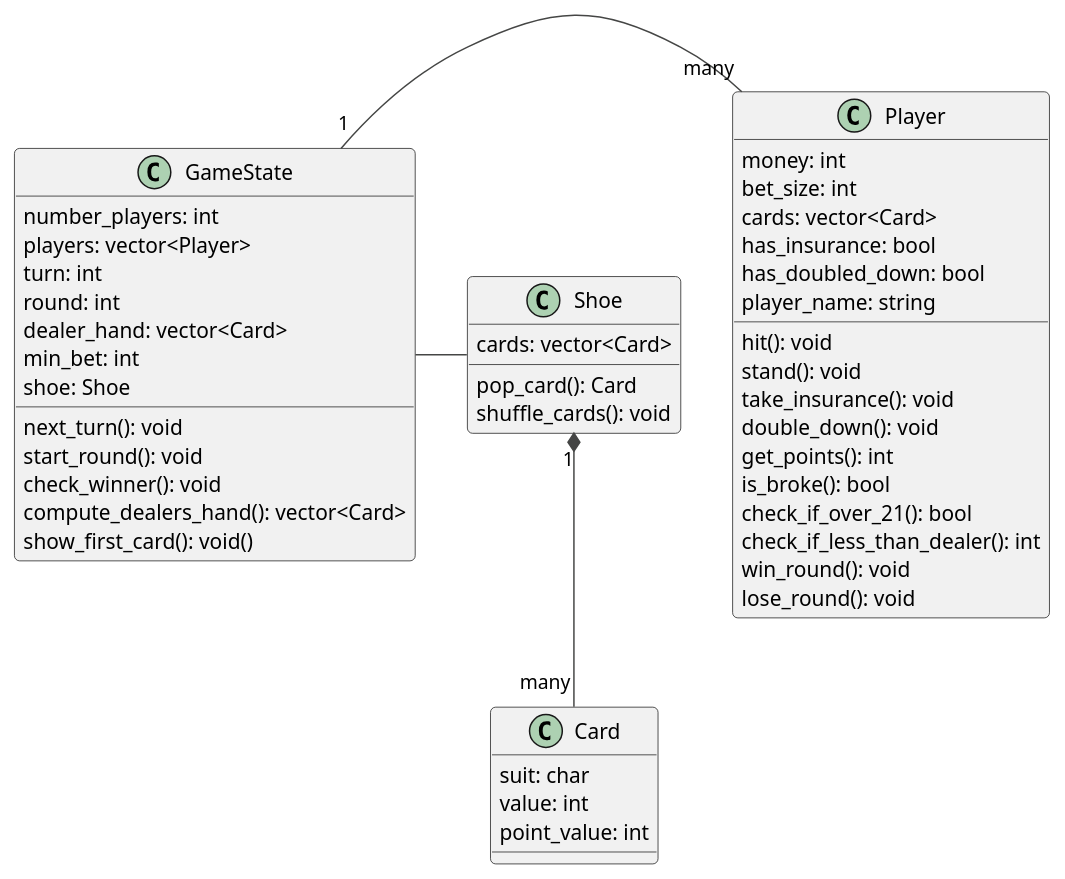
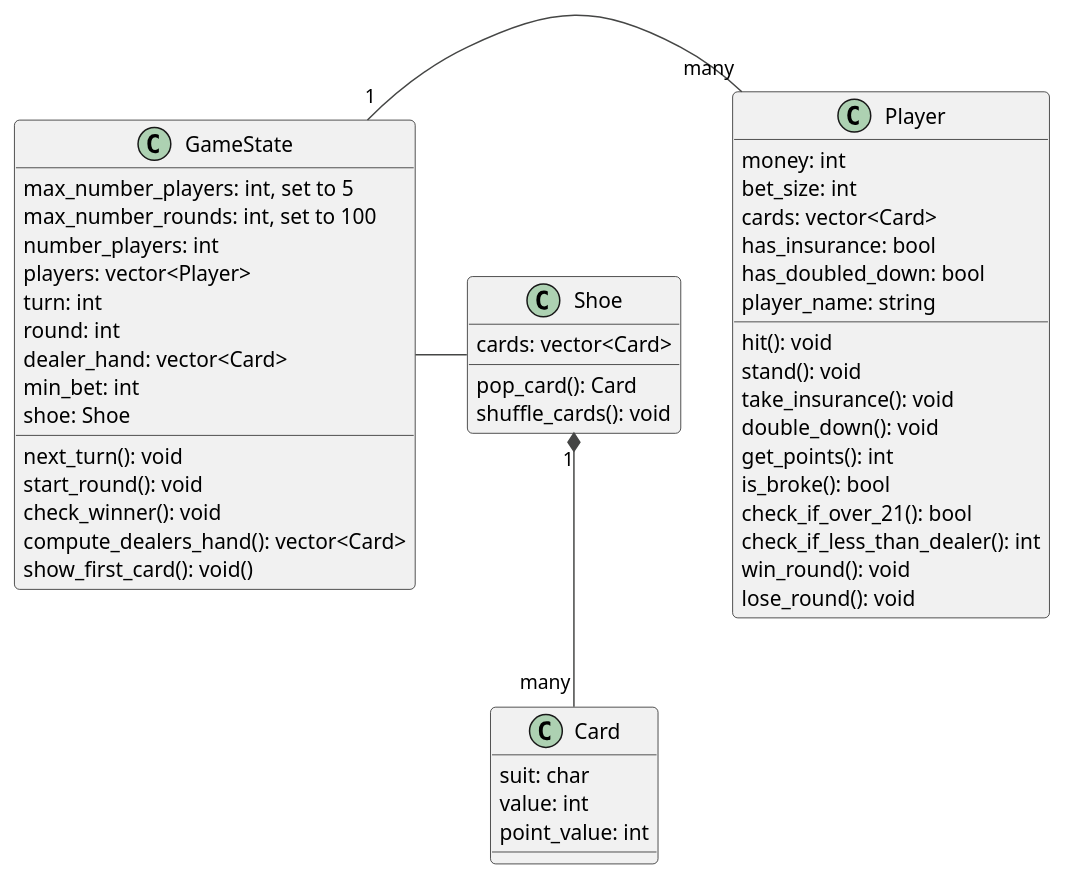
The diagram in sds/plant_codes/general.puml (luca-commits/blackjack), drawn with PlantUML before and after one commit.

```diff
--- a/sds/plant_codes/general.puml
+++ b/sds/plant_codes/general.puml
@@ -1,57 +1,59 @@
 @startuml
 ' !theme plain
 !theme vibrant
 
 class Player {
   money: int
   bet_size: int
   cards: vector<Card> 
   hit(): void
   stand(): void
   take_insurance(): void
   double_down(): void
   has_insurance: bool
   has_doubled_down: bool
   get_points(): int
   is_broke(): bool
   check_if_over_21(): bool
   check_if_less_than_dealer(): int
   win_round(): void
   lose_round(): void
   player_name: string
 }
   
 class Card {
   suit: char
   value: int
   point_value: int
 }
 
 class GameState{
+  max_number_players: int, set to 5
+  max_number_rounds: int, set to 100
   number_players: int
   players: vector<Player>
   turn: int
   round: int
   dealer_hand: vector<Card>
   min_bet: int
   next_turn(): void
   start_round(): void
   check_winner(): void
   compute_dealers_hand(): vector<Card>
   shoe: Shoe
   show_first_card(): void()
 }
 
 class Shoe{
   cards: vector<Card> 
   pop_card(): Card
   shuffle_cards(): void
 }
 
 Shoe "1" *-- "many" Card 
 
 
 GameState "1" - "many" Player 
 
 GameState - Shoe
 @enduml
```
